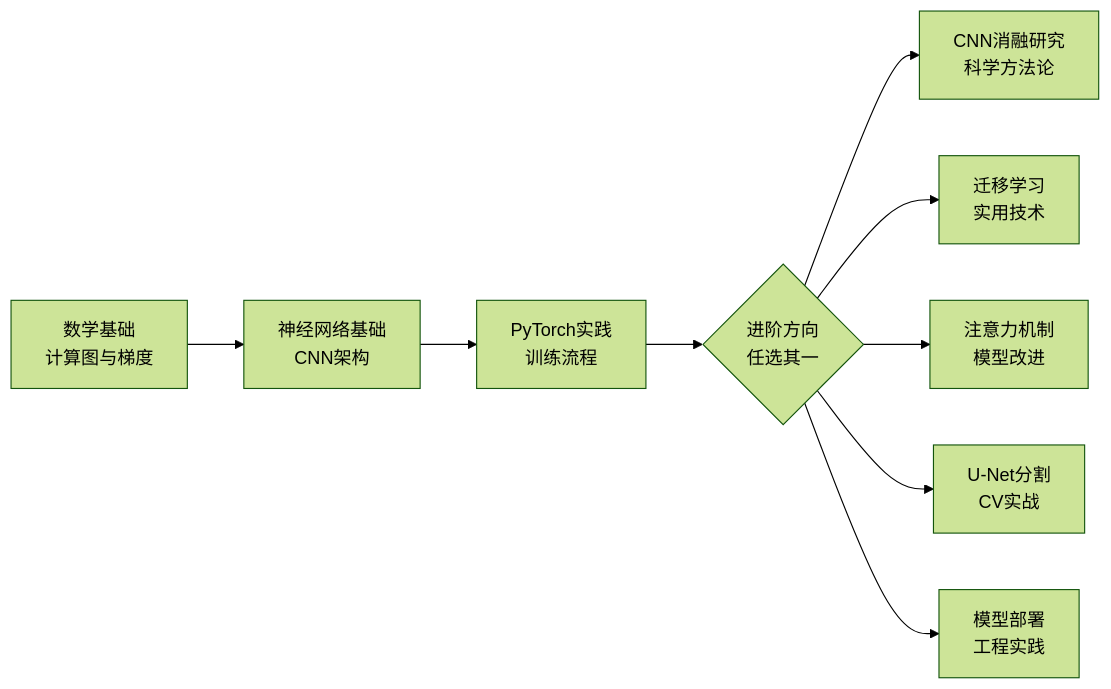
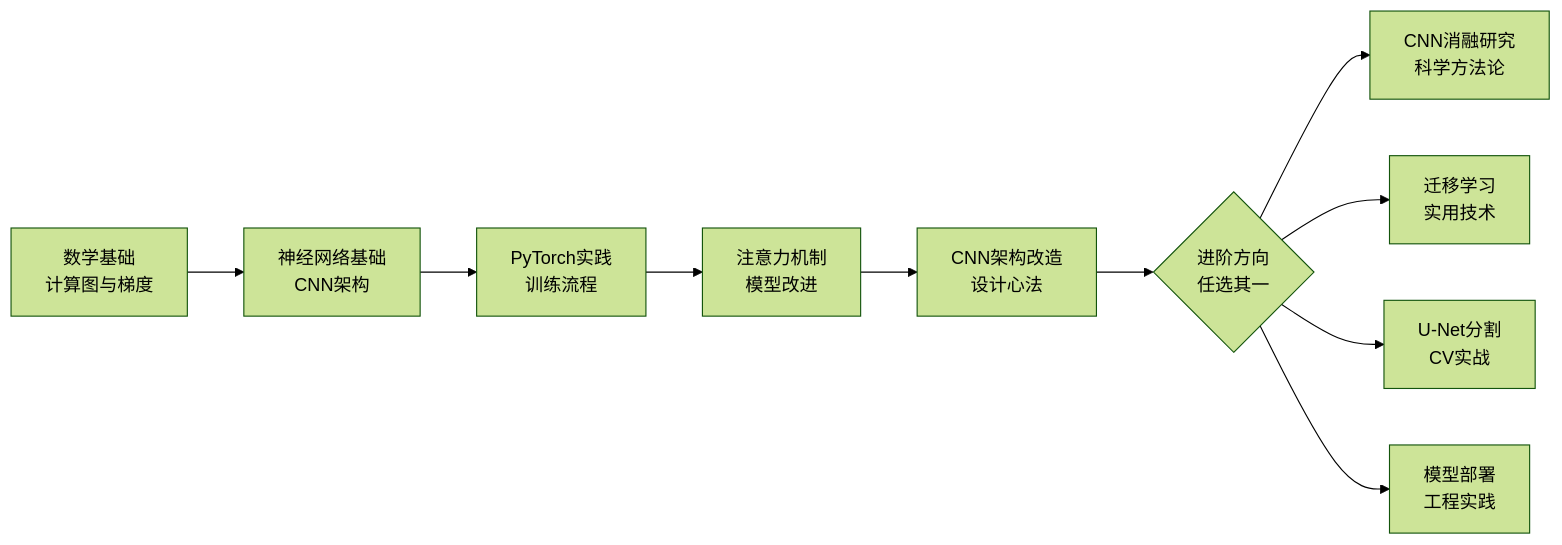
The diagram in source/index.md (ulink-deep-learning-club/ulink-deeplearningclub-handouts), drawn with Mermaid (forest theme) before and after one commit. The commit also changed other lines of this file and 16 other files, not shown here.

First line of the commit message:
docs(model-architecture-design): add new chapter on CNN architecture design methodology

````diff
--- a/source/index.md
+++ b/source/index.md
@@ -30,11 +31,12 @@
 ```{mermaid}
 graph LR
     A[数学基础<br/>计算图与梯度] --> B[神经网络基础<br/>CNN架构]
     B --> C[PyTorch实践<br/>训练流程]
-    C --> D{进阶方向<br/>任选其一}
-    D --> E[CNN消融研究<br/>科学方法论]
-    D --> F[迁移学习<br/>实用技术]
-    D --> G[注意力机制<br/>模型改进]
-    D --> H[U-Net分割<br/>CV实战]
-    D --> I[模型部署<br/>工程实践]
+    C --> D1[注意力机制<br/>模型改进]
+    D1 --> D2[CNN架构改造<br/>设计心法]
+    D2 --> E{进阶方向<br/>任选其一}
+    E --> F[CNN消融研究<br/>科学方法论]
+    E --> G[迁移学习<br/>实用技术]
+    E --> H[U-Net分割<br/>CV实战]
+    E --> I[模型部署<br/>工程实践]
 ```
````
